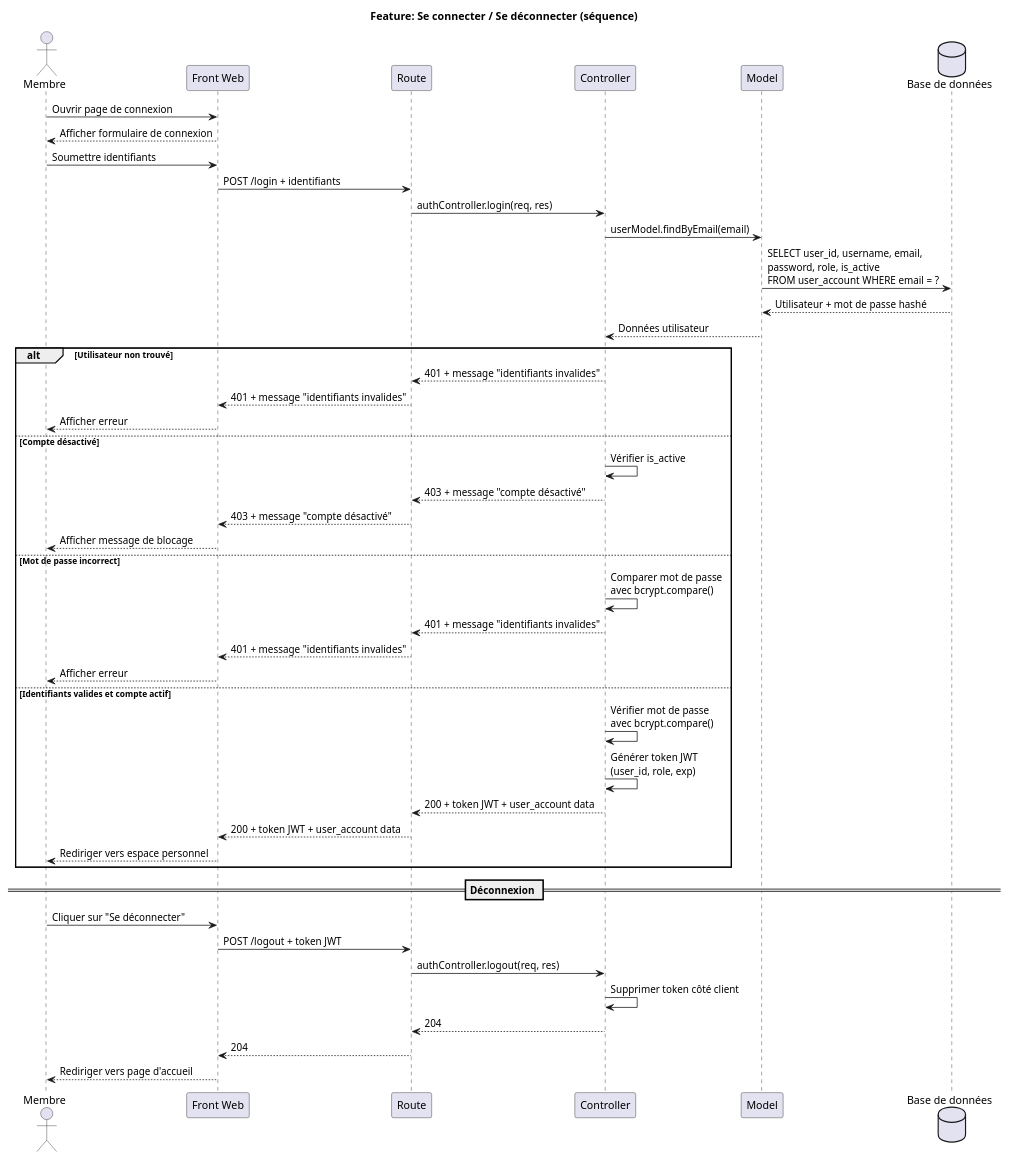
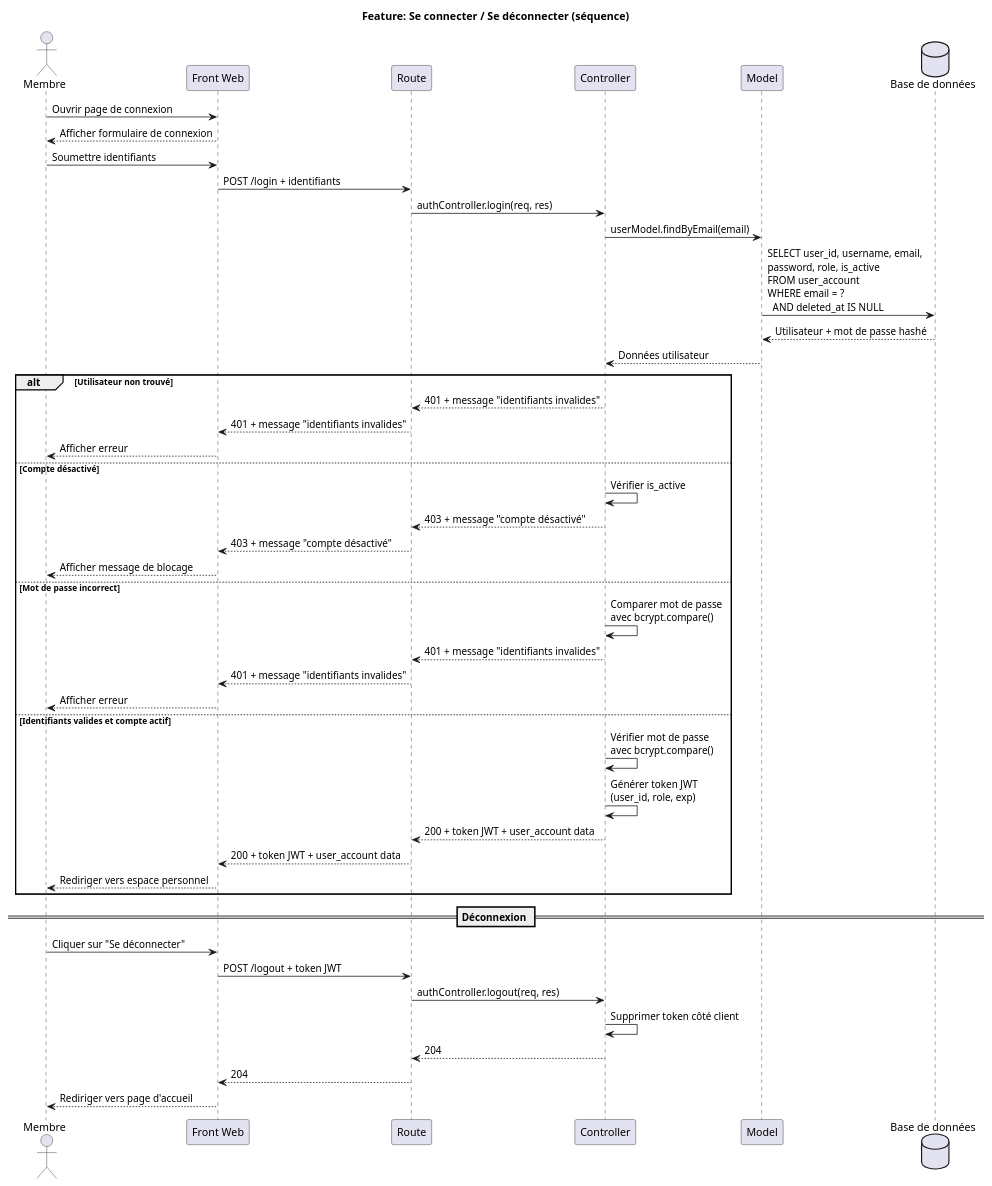
Before and after one commit to Zodiarche/MyGameList: the diagram in uml/sequence/login-logout.puml, drawn with PlantUML. The commit also changed 52 other files, not shown here.

Commit message:
Ajout de tests BDD + ajustements des diagrammes selon le MPD

```diff
--- a/uml/sequence/login-logout.puml
+++ b/uml/sequence/login-logout.puml
@@ -1,50 +1,50 @@
 @startuml Feature_ConnexionDeconnexion_Sequence
 title Feature: Se connecter / Se déconnecter (séquence)
 actor Membre
 participant "Front Web" as Front
 participant "Route" as Route
 participant "Controller" as Controller
 participant "Model" as Model
 database "Base de données" as BDD
 
 Membre -> Front: Ouvrir page de connexion
 Front --> Membre: Afficher formulaire de connexion
 Membre -> Front: Soumettre identifiants
 Front -> Route: POST /login + identifiants
 Route -> Controller: authController.login(req, res)
 Controller -> Model: userModel.findByEmail(email)
-Model -> BDD: SELECT user_id, username, email,\npassword, role, is_active\nFROM user_account WHERE email = ?
+Model -> BDD: SELECT user_id, username, email,\npassword, role, is_active\nFROM user_account\nWHERE email = ?\n  AND deleted_at IS NULL
 BDD --> Model: Utilisateur + mot de passe hashé
 Model --> Controller: Données utilisateur
 
 alt Utilisateur non trouvé
 Controller --> Route: 401 + message "identifiants invalides"
 Route --> Front: 401 + message "identifiants invalides"
 Front --> Membre: Afficher erreur
 else Compte désactivé
 Controller -> Controller: Vérifier is_active
 Controller --> Route: 403 + message "compte désactivé"
 Route --> Front: 403 + message "compte désactivé"
 Front --> Membre: Afficher message de blocage
 else Mot de passe incorrect
 Controller -> Controller: Comparer mot de passe\navec bcrypt.compare()
 Controller --> Route: 401 + message "identifiants invalides"
 Route --> Front: 401 + message "identifiants invalides"
 Front --> Membre: Afficher erreur
 else Identifiants valides et compte actif
 Controller -> Controller: Vérifier mot de passe\navec bcrypt.compare()
 Controller -> Controller: Générer token JWT\n(user_id, role, exp)
 Controller --> Route: 200 + token JWT + user_account data
 Route --> Front: 200 + token JWT + user_account data
 Front --> Membre: Rediriger vers espace personnel
 end
 
 == Déconnexion ==
 Membre -> Front: Cliquer sur "Se déconnecter"
 Front -> Route: POST /logout + token JWT
 Route -> Controller: authController.logout(req, res)
 Controller -> Controller: Supprimer token côté client
 Controller --> Route: 204
 Route --> Front: 204
 Front --> Membre: Rediriger vers page d'accueil
 @enduml
```
